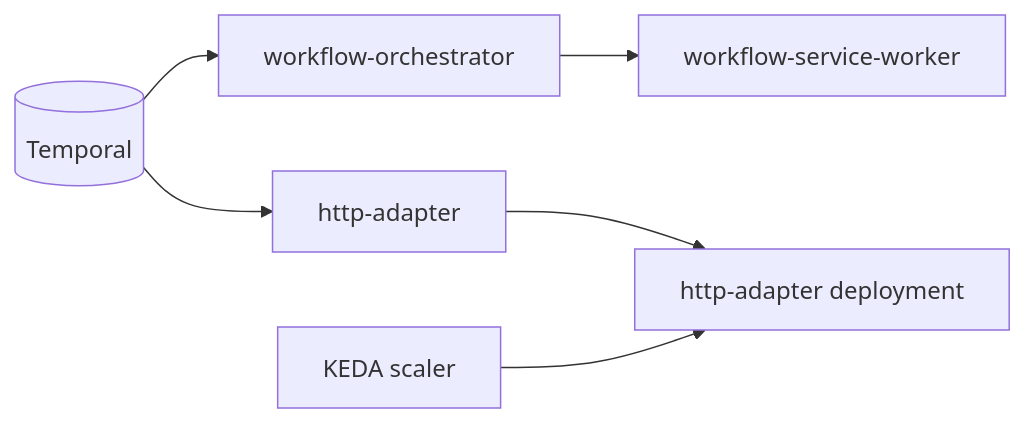
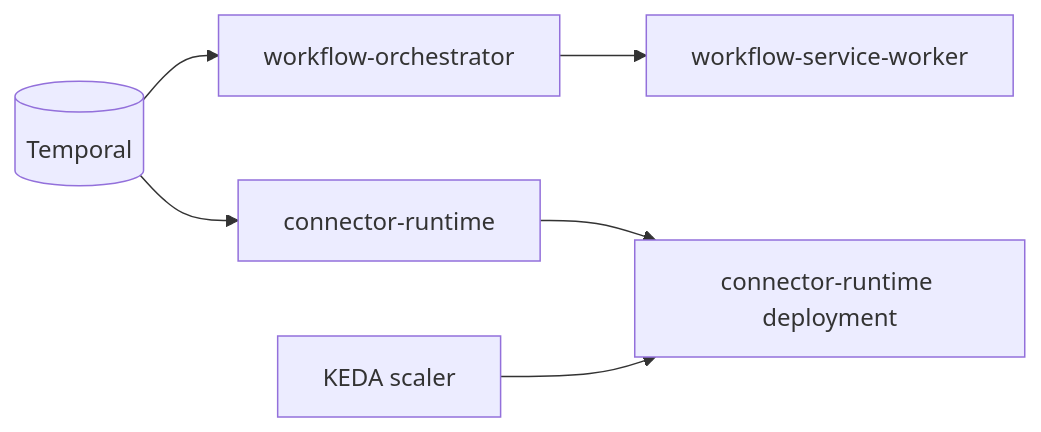
One commit to ccarnero/colloqui changed the third of 3 diagrams in DOCS/04-WORKFLOW-ENGINE.md. Above: the diagram before and after it, drawn with Mermaid. The commit also changed other lines of this file and 418 other files, not shown here.

First line of the commit message:
Merged PR 3855: Remove services. Rename http-adapter/adapter-service. Update docs

````diff
--- a/DOCS/04-WORKFLOW-ENGINE.md
+++ b/DOCS/04-WORKFLOW-ENGINE.md
@@ -72,10 +72,10 @@
 ```mermaid
 flowchart LR
     temporal[(Temporal)] --> orq[workflow-orchestrator]
-    temporal --> hq[http-adapter]
+    temporal --> hq[connector-runtime]
 
     orq --> wworker[workflow-service-worker]
-    hq --> hadapter[http-adapter deployment]
+    hq --> hadapter[connector-runtime deployment]
 
     keda[KEDA scaler] --> hadapter
 ```
````
